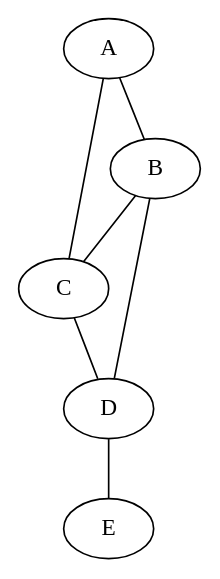
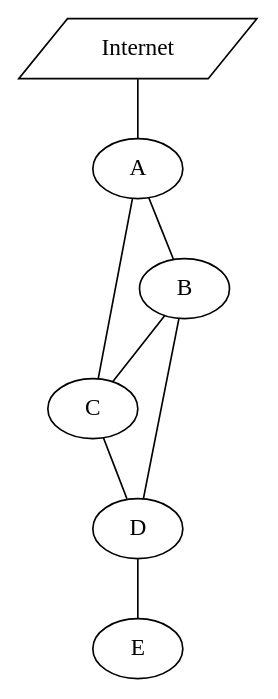
One commit to ololduck/babeld-intro changed the diagram in rsf_ad-hoc.dot. Above: the diagram before and after it, drawn with Graphviz. The commit also changed 2 other files, not shown here.

```diff
--- a/rsf_ad-hoc.dot
+++ b/rsf_ad-hoc.dot
@@ -1,8 +1,10 @@
 graph g {
+    Internet [shape="parallelogram"];
+    Internet -- A;
     A -- B;
     A -- C;
     B -- C;
     B -- D;
     C -- D;
     D -- E;
     }
```
